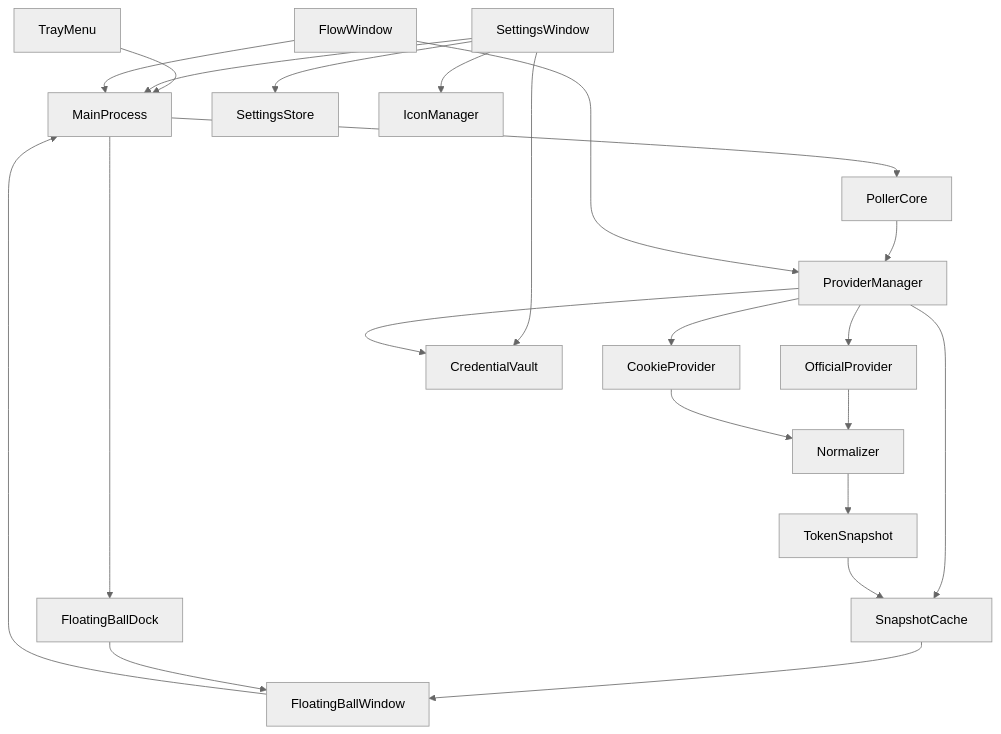
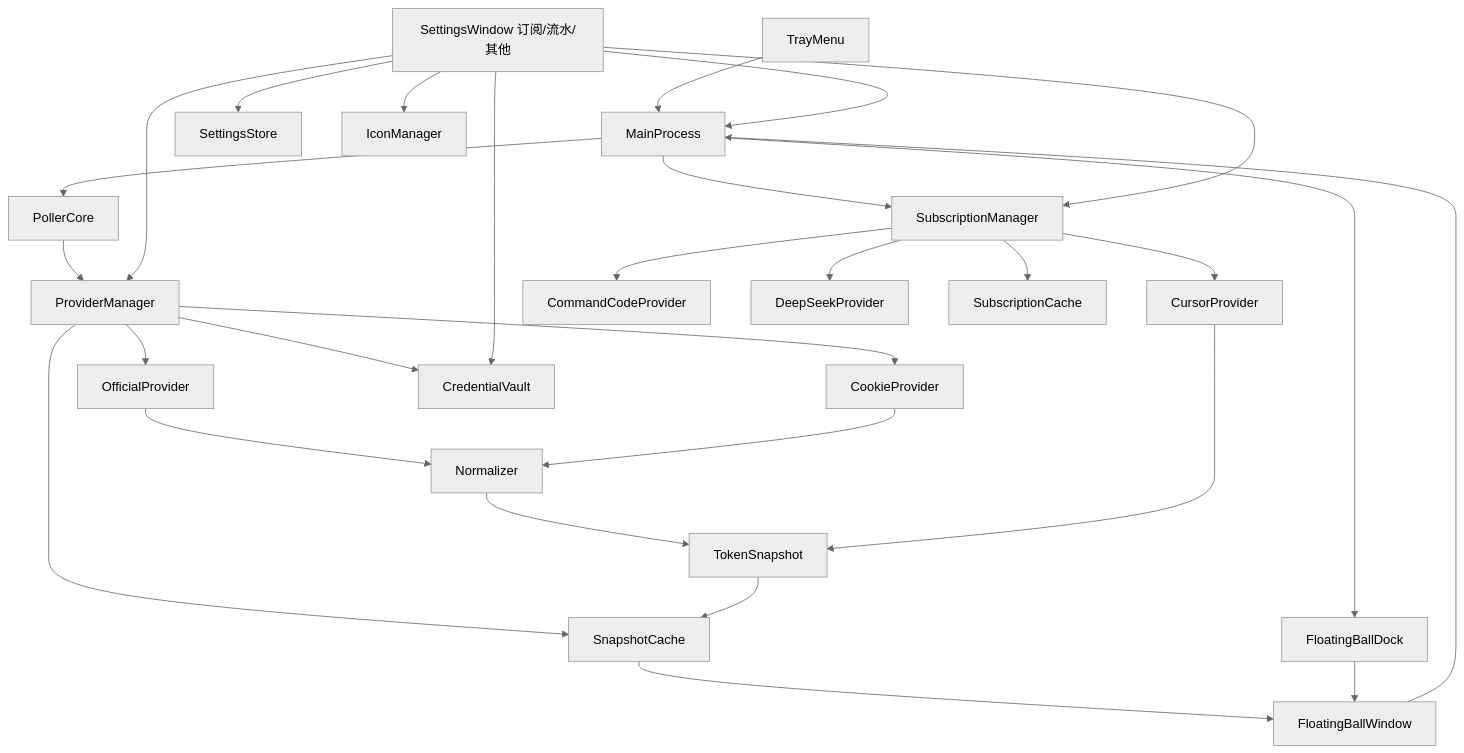
Before and after one commit to awaker1996/cursor_monitor: the diagram in README.md, drawn with Mermaid (neutral theme). The commit also changed other lines of this file and 52 other files, not shown here.

First line of the commit message:
feat: 订阅/流水/设置页重构，CommandCode 用量与 Grok Bot 过滤

````diff
--- a/README.md
+++ b/README.md
@@ -213,24 +243,30 @@
 ```mermaid
 flowchart TD
     trayMenu[TrayMenu] --> mainProcess[MainProcess]
     floatingBall[FloatingBallWindow] --> mainProcess
-    settingsWindow[SettingsWindow] --> mainProcess
-    flowWindow[FlowWindow] --> mainProcess
+    settingsWindow[SettingsWindow 订阅/流水/其他] --> mainProcess
     mainProcess --> pollerCore[PollerCore]
     pollerCore --> providerManager[ProviderManager]
     providerManager --> officialProvider[OfficialProvider]
     providerManager --> cookieProvider[CookieProvider]
     providerManager --> snapshotCache[SnapshotCache]
     officialProvider --> normalizer[Normalizer]
     cookieProvider --> normalizer
     normalizer --> tokenSnapshot[TokenSnapshot]
     tokenSnapshot --> snapshotCache
     snapshotCache --> floatingBall
-    flowWindow --> providerManager
+    mainProcess --> subscriptionManager[SubscriptionManager]
+    subscriptionManager --> cursorProvider[CursorProvider]
+    subscriptionManager --> commandCodeProvider[CommandCodeProvider]
+    subscriptionManager --> deepSeekProvider[DeepSeekProvider]
+    subscriptionManager --> subscriptionCache[SubscriptionCache]
+    cursorProvider --> tokenSnapshot
+    providerManager --> credentialVault[CredentialVault]
+    settingsWindow --> credentialVault
+    settingsWindow --> settingsStore[SettingsStore]
+    settingsWindow --> iconManager[IconManager]
+    settingsWindow --> providerManager
+    settingsWindow --> subscriptionManager
     mainProcess --> floatingBallDock[FloatingBallDock]
     floatingBallDock --> floatingBall
-    settingsWindow --> settingsStore[SettingsStore]
-    settingsWindow --> credentialVault[CredentialVault]
-    settingsWindow --> iconManager[IconManager]
-    providerManager --> credentialVault
 ```
````
